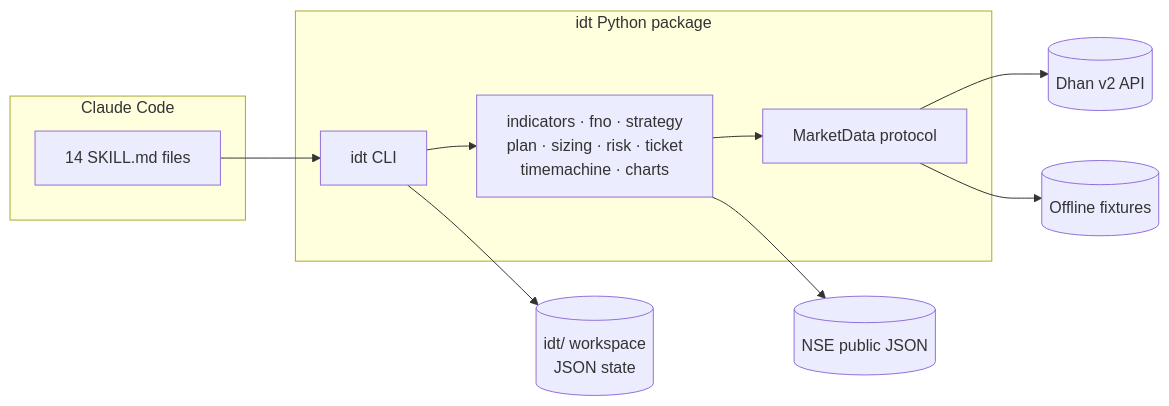
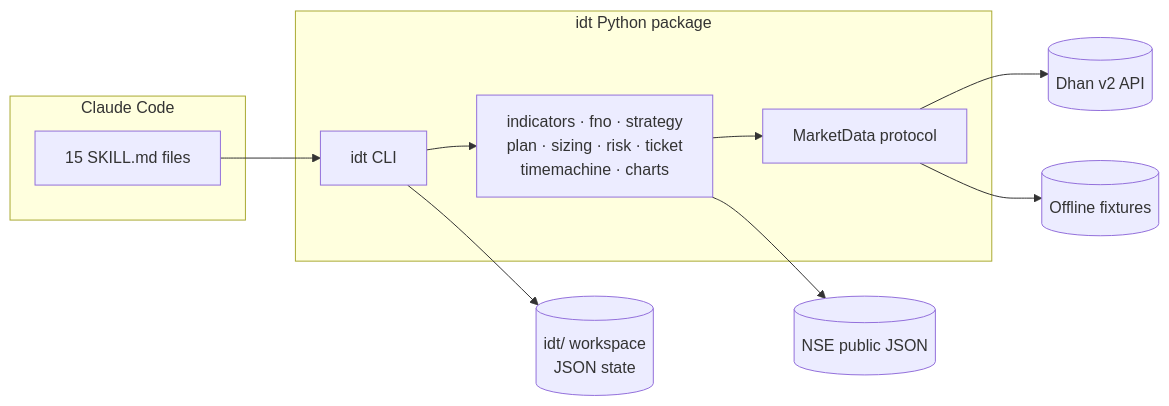
Before and after one commit to iamsanaur/indian-day-trader: the third of 3 diagrams in README.md, drawn with Mermaid. The commit also changed other lines of this file and 20 other files, not shown here.

````diff
--- a/README.md
+++ b/README.md
@@ -527,15 +553,15 @@
 ```mermaid
 flowchart LR
     subgraph Claude["Claude Code"]
-      S[14 SKILL.md files]
+      S[15 SKILL.md files]
     end
     subgraph Engine["idt Python package"]
       CLI[idt CLI] --> CORE[indicators · fno · strategy<br/>plan · sizing · risk · ticket<br/>timemachine · charts]
       CORE --> MD[MarketData protocol]
     end
     MD --> DHAN[(Dhan v2 API)]
     MD --> FIX[(Offline fixtures)]
     CORE --> NSE[(NSE public JSON)]
     S --> CLI
     CLI --> WS[(idt/ workspace<br/>JSON state)]
 ```
````
